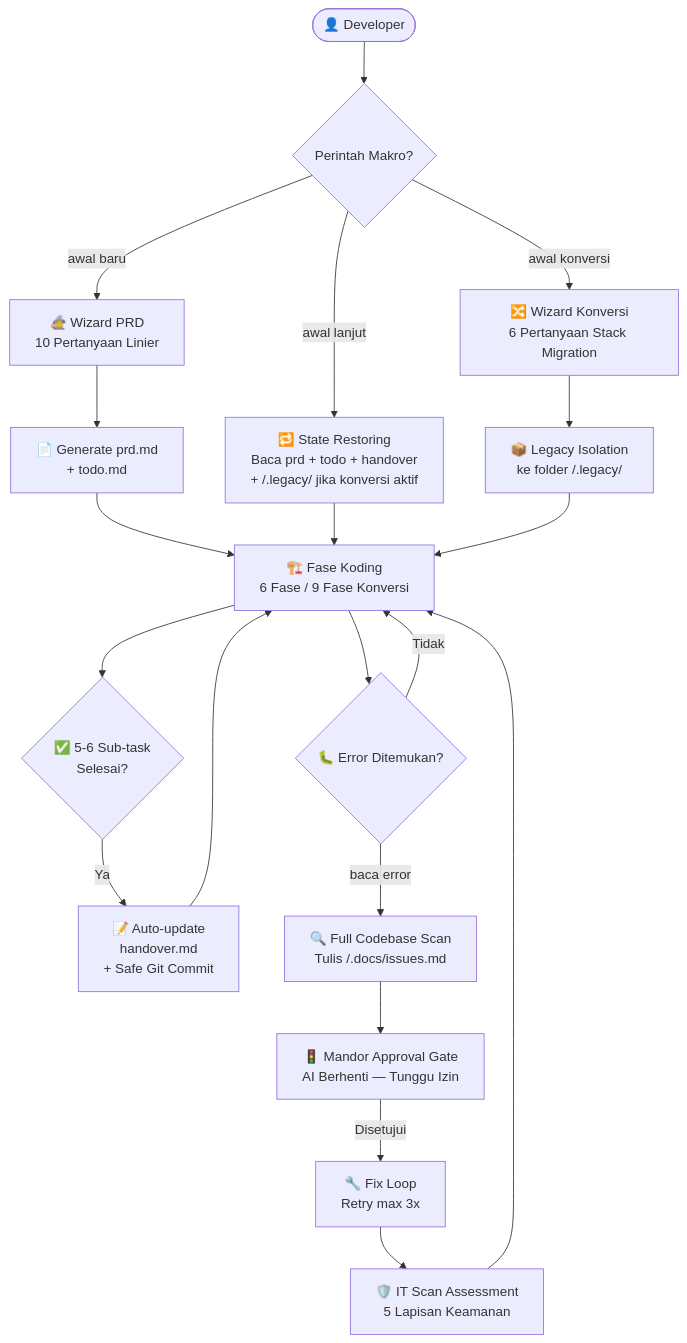
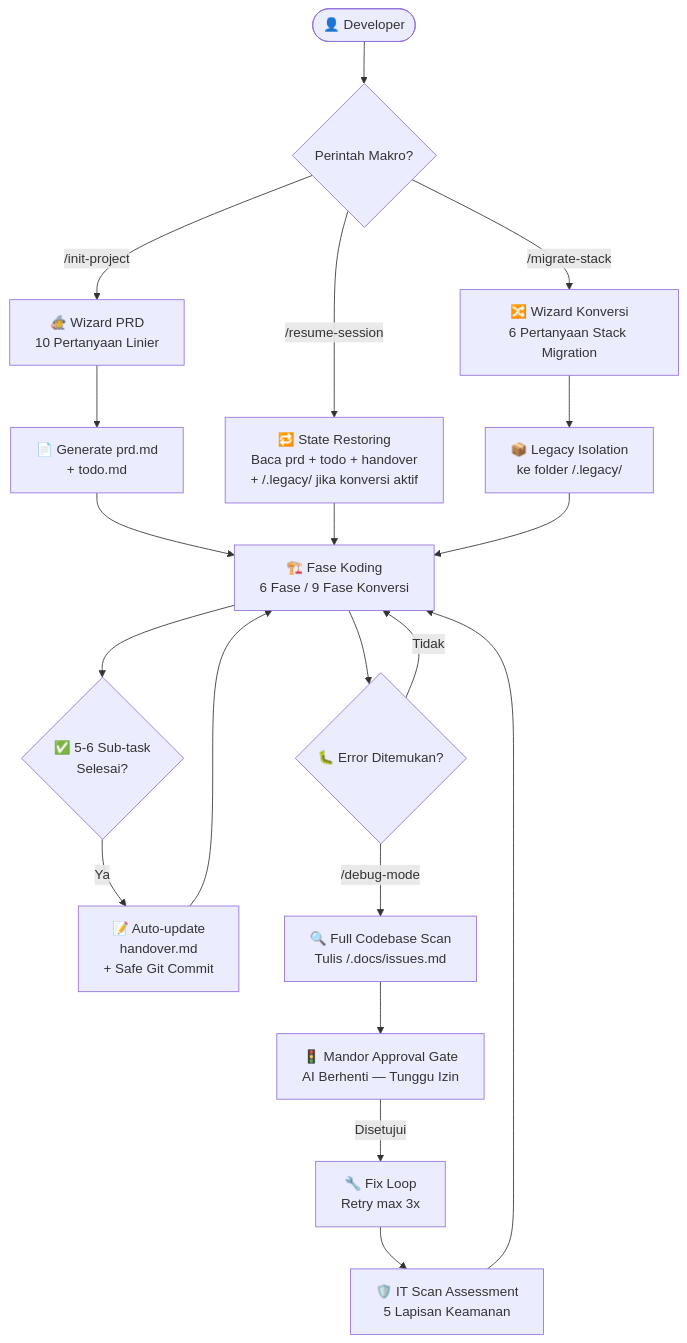
The diagram in README.md (Noisesless/brainvibes), drawn with Mermaid before and after one commit. The commit also changed other lines of this file and 4 other files, not shown here.

Commit message:
fix: restore full content and apply hybrid english translation for keywords only (clean index)

````diff
--- a/README.md
+++ b/README.md
@@ -147,28 +147,28 @@
 ```mermaid
 graph TD
     START([👤 Developer]) --> CMD{Perintah Makro?}
 
-    CMD -- "awal baru" --> INIT[🧙 Wizard PRD\n10 Pertanyaan Linier]
+    CMD -- "/init-project" --> INIT[🧙 Wizard PRD\n10 Pertanyaan Linier]
     INIT --> PRD[📄 Generate prd.md\n+ todo.md]
     PRD --> PHASE[🏗️ Fase Koding\n6 Fase / 9 Fase Konversi]
 
-    CMD -- "awal lanjut" --> RESTORE[🔁 State Restoring\nBaca prd + todo + handover\n+ /.legacy/ jika konversi aktif]
+    CMD -- "/resume-session" --> RESTORE[🔁 State Restoring\nBaca prd + todo + handover\n+ /.legacy/ jika konversi aktif]
     RESTORE --> PHASE
 
-    CMD -- "awal konversi" --> WIZARD[🔀 Wizard Konversi\n6 Pertanyaan Stack Migration]
+    CMD -- "/migrate-stack" --> WIZARD[🔀 Wizard Konversi\n6 Pertanyaan Stack Migration]
     WIZARD --> LEGACY[📦 Legacy Isolation\nke folder /.legacy/]
     LEGACY --> PHASE
 
     PHASE --> TASK{✅ 5-6 Sub-task\nSelesai?}
     TASK -- Ya --> HANDOVER[📝 Auto-update\nhandover.md\n+ Safe Git Commit]
     HANDOVER --> PHASE
 
     PHASE --> BUG{🐛 Error Ditemukan?}
-    BUG -- "baca error" --> SCAN[🔍 Full Codebase Scan\nTulis /.docs/issues.md]
+    BUG -- "/debug-mode" --> SCAN[🔍 Full Codebase Scan\nTulis /.docs/issues.md]
     SCAN --> GATE[🚦 Mandor Approval Gate\nAI Berhenti — Tunggu Izin]
     GATE -- Disetujui --> FIX[🔧 Fix Loop\nRetry max 3x]
     FIX --> ITSA[🛡️ IT Scan Assessment\n5 Lapisan Keamanan]
     ITSA --> PHASE
 
     BUG -- Tidak --> PHASE
 ```
````
